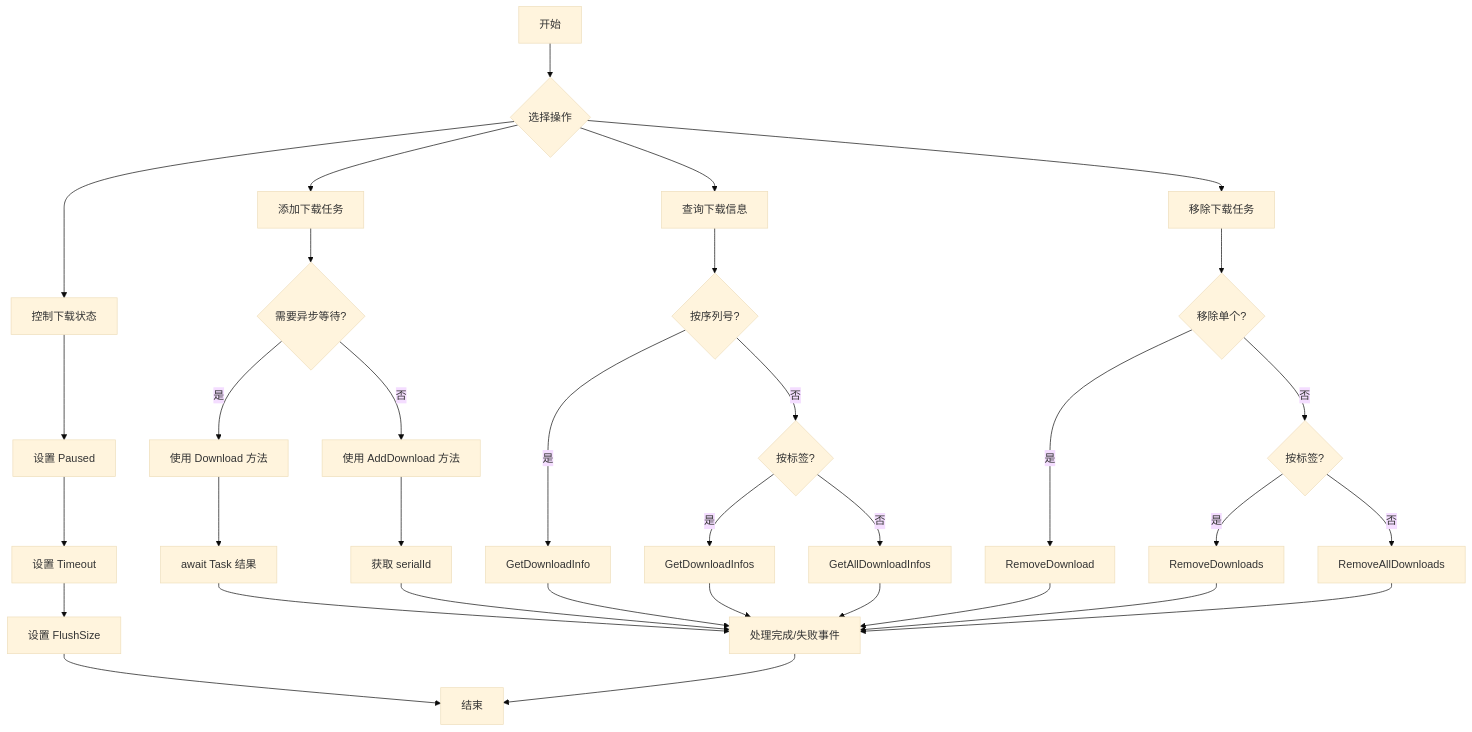
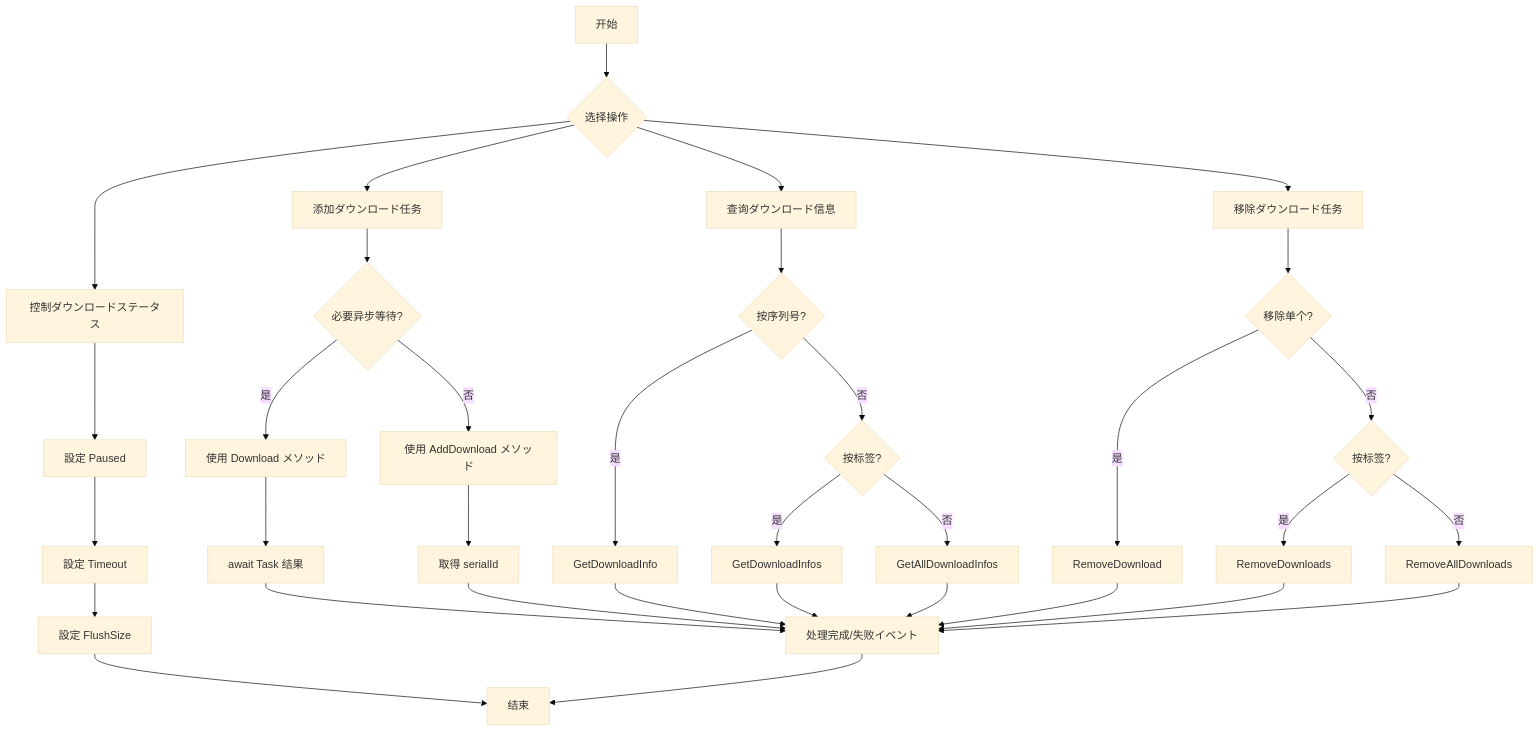
One commit to AlianBlank/GameFrameX.Docs changed the diagram in docs/ja/client/unity/component/download/10.methods.md. Above: the diagram before and after it, drawn with Mermaid (base theme). The commit also changed other lines of this file and 603 other files, not shown here.

````diff
--- a/docs/ja/client/unity/component/download/10.methods.md
+++ b/docs/ja/client/unity/component/download/10.methods.md
@@ -408,43 +408,43 @@
 ```mermaid
 flowchart TD
     A[开始] --> B{选择操作}
     
-    B --> C1[添加下载任务]
-    B --> C2[查询下载信息]
-    B --> C3[移除下载任务]
-    B --> C4[控制下载状态]
+    B --> C1[添加ダウンロード任务]
+    B --> C2[查询ダウンロード信息]
+    B --> C3[移除ダウンロード任务]
+    B --> C4[控制ダウンロードステータス]
     
-    C1 --> C1a{需要异步等待?}
-    C1a -->|是| C1b[使用 Download 方法]
-    C1a -->|否| C1c[使用 AddDownload 方法]
+    C1 --> C1a{必要异步等待?}
+    C1a -->|是| C1b[使用 Download メソッド]
+    C1a -->|否| C1c[使用 AddDownload メソッド]
     
     C1b --> D1[await Task 结果]
-    C1c --> D2[获取 serialId]
+    C1c --> D2[取得 serialId]
     
     C2 --> C2a{按序列号?}
     C2a -->|是| D3[GetDownloadInfo]
     C2a -->|否| C2b{按标签?}
     C2b -->|是| D4[GetDownloadInfos]
     C2b -->|否| D5[GetAllDownloadInfos]
     
     C3 --> C3a{移除单个?}
     C3a -->|是| D6[RemoveDownload]
     C3a -->|否| C3b{按标签?}
     C3b -->|是| D7[RemoveDownloads]
     C3b -->|否| D8[RemoveAllDownloads]
     
-    C4 --> C4a[设置 Paused]
-    C4a --> C4b[设置 Timeout]
-    C4b --> C4c[设置 FlushSize]
+    C4 --> C4a[設定 Paused]
+    C4a --> C4b[設定 Timeout]
+    C4b --> C4c[設定 FlushSize]
     
-    D1 --> E[处理完成/失败事件]
+    D1 --> E[处理完成/失败イベント]
     D2 --> E
     D3 --> E
     D4 --> E
     D5 --> E
     D6 --> E
     D7 --> E
     D8 --> E
     C4c --> F[结束]
     E --> F
 ```
````
